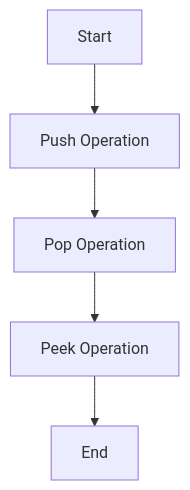
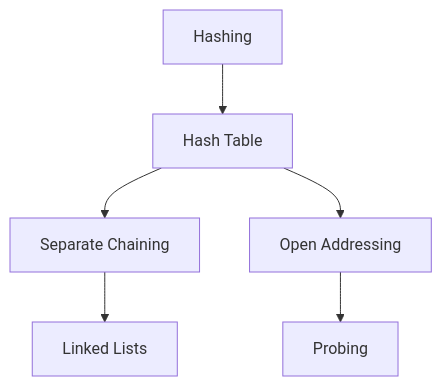
Before and after one commit to SHYAM-001/DataStructures: the ninth of 11 diagrams in README.md, drawn with Mermaid. The commit also changed other lines of this file, not shown here.

````diff
--- a/README.md
+++ b/README.md
@@ -267,7 +490,8 @@
 ```mermaid
-graph TD;
-    A[Start] --> B[Push Operation]
-    B --> C[Pop Operation]
-    C --> D[Peek Operation]
-    D --> E[End]
+graph TD
+    A[Hashing] --> B[Hash Table]
+    B --> C[Separate Chaining]
+    B --> D[Open Addressing]
+    C --> E[Linked Lists]
+    D --> F[Probing]
 ```
````
